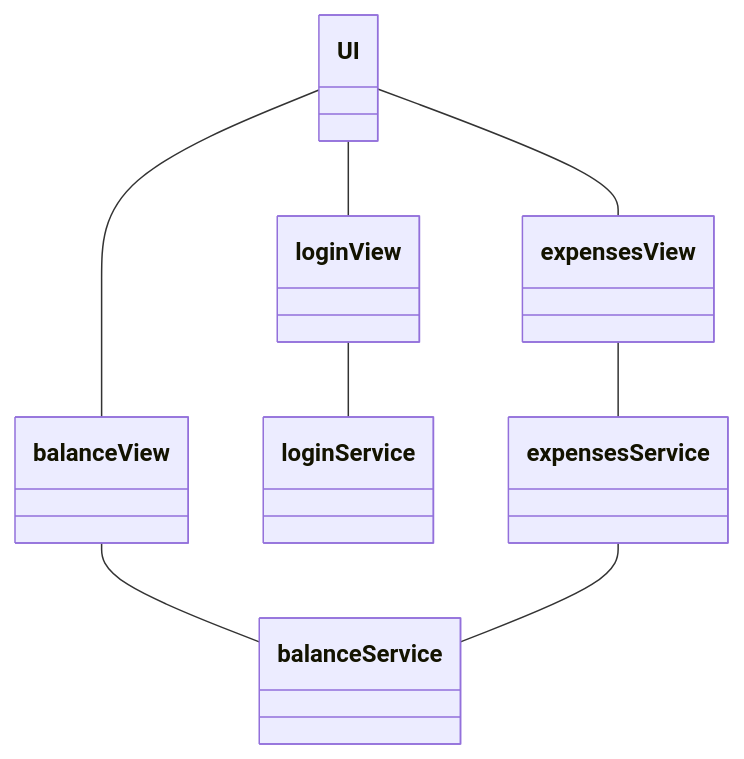
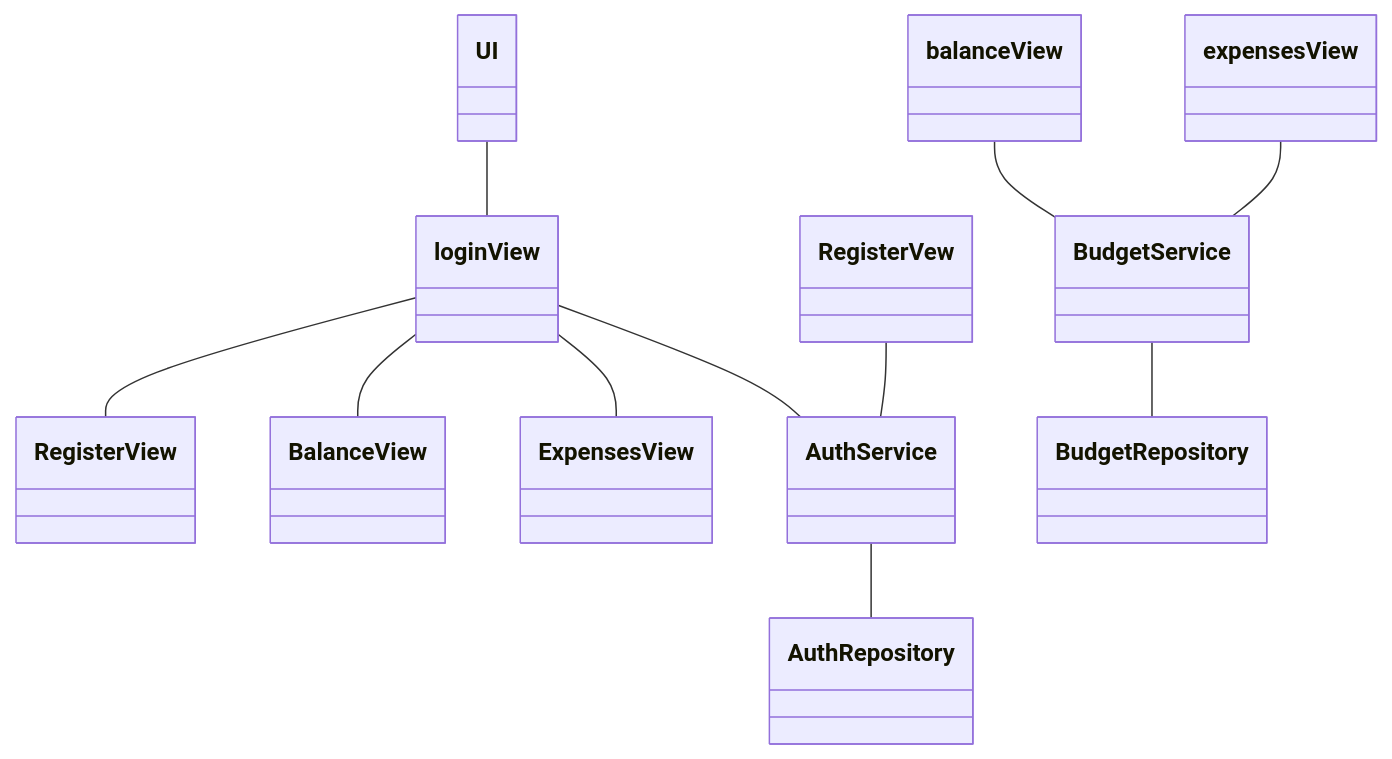
Before and after one commit to olavizz/ot-harjoitustyo: the diagram in dokumentaatio/arkkitehtuuri.md, drawn with Mermaid. The commit also changed other lines of this file, not shown here.

Commit message:
Architecture diagram

````diff
--- a/dokumentaatio/arkkitehtuuri.md
+++ b/dokumentaatio/arkkitehtuuri.md
@@ -1,11 +13,14 @@
 ```mermaid
  classDiagram
   UI -- loginView
-  UI -- balanceView
-  UI -- expensesView
+  loginView -- RegisterView
+  loginView -- BalanceView
+  loginView -- ExpensesView
 
-  loginView -- loginService
-  balanceView -- balanceService
-  expensesView -- expensesService
-  expensesService -- balanceService
+  loginView -- AuthService
+  RegisterVew -- AuthService
+  balanceView -- BudgetService
+  expensesView -- BudgetService
+  BudgetService -- BudgetRepository
+  AuthService -- AuthRepository
 ```
````
